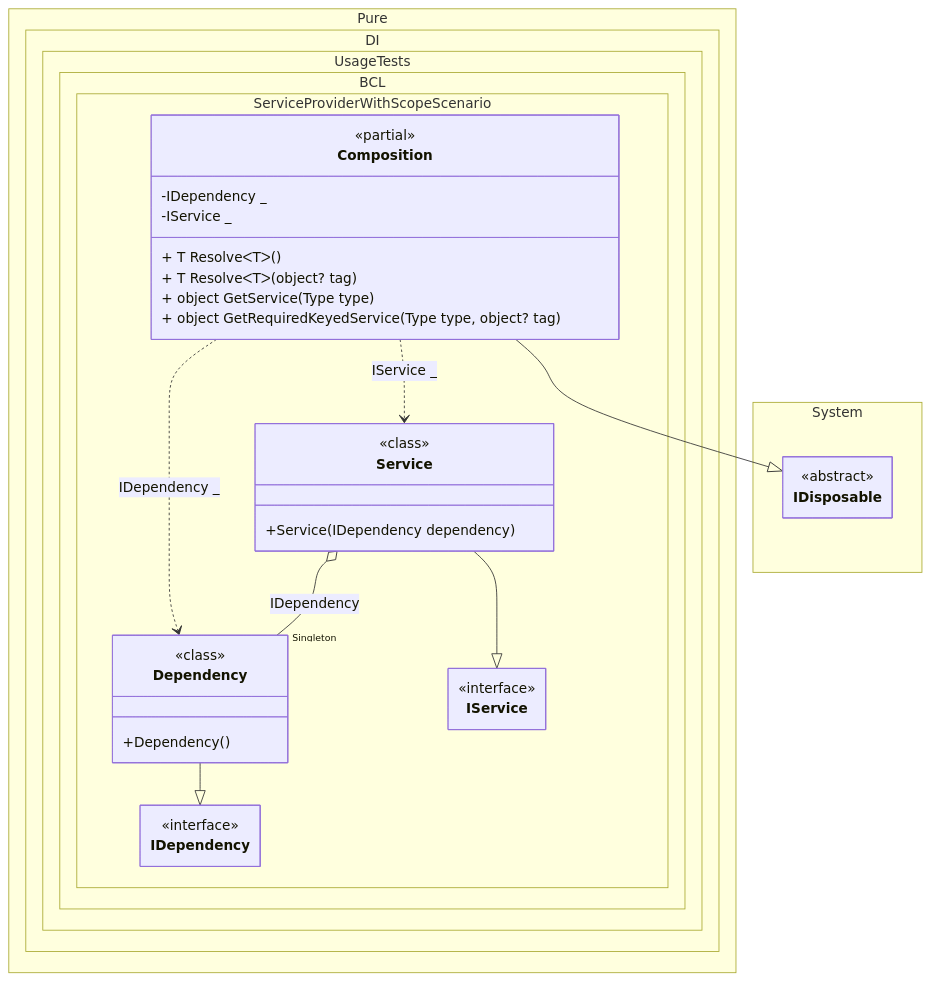
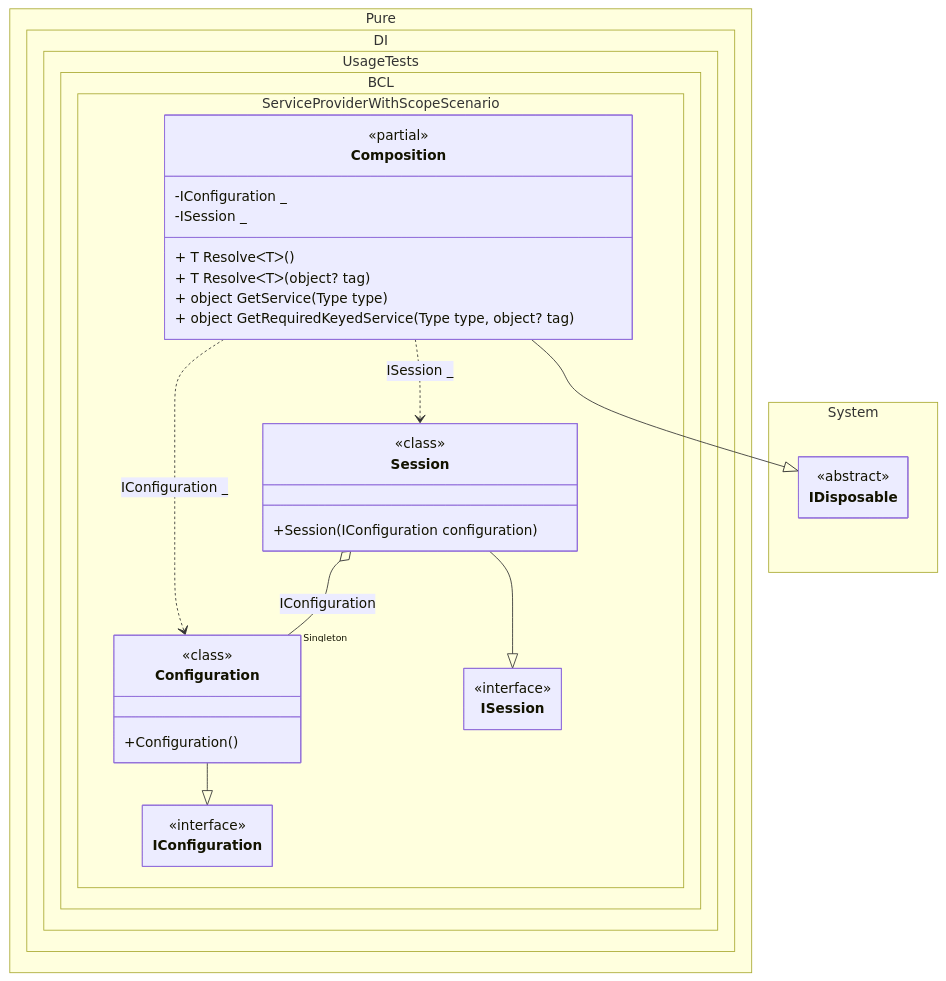
The diagram in readme/service-provider-with-scope.md (DevTeam/Pure.DI), drawn with Mermaid before and after one commit. The commit also changed other lines of this file and 126 other files, not shown here.

````diff
--- a/readme/service-provider-with-scope.md
+++ b/readme/service-provider-with-scope.md
@@ -367,46 +377,46 @@
 ```mermaid
 ---
  config:
   maxTextSize: 2147483647
   maxEdges: 2147483647
   class:
    hideEmptyMembersBox: true
 ---
 classDiagram
 	Composition --|> IDisposable
-	Dependency --|> IDependency
-	Service --|> IService
-	Composition ..> Service : IService _
-	Composition ..> Dependency : IDependency _
-	Service o-- "Singleton" Dependency : IDependency
+	Configuration --|> IConfiguration
+	Session --|> ISession
+	Composition ..> Session : ISession _
+	Composition ..> Configuration : IConfiguration _
+	Session o-- "Singleton" Configuration : IConfiguration
 	namespace Pure.DI.UsageTests.BCL.ServiceProviderWithScopeScenario {
 		class Composition {
 		<<partial>>
-		-IDependency _
-		-IService _
+		-IConfiguration _
+		-ISession _
 		+ T ResolveᐸTᐳ()
 		+ T ResolveᐸTᐳ(object? tag)
 		+ object GetService(Type type)
 		+ object GetRequiredKeyedService(Type type, object? tag)
 		}
-		class Dependency {
+		class Configuration {
 				<<class>>
-			+Dependency()
+			+Configuration()
 		}
-		class IDependency {
+		class IConfiguration {
 			<<interface>>
 		}
-		class IService {
+		class ISession {
 			<<interface>>
 		}
-		class Service {
+		class Session {
 				<<class>>
-			+Service(IDependency dependency)
+			+Session(IConfiguration configuration)
 		}
 	}
 	namespace System {
 		class IDisposable {
 			<<abstract>>
 		}
 	}
 ```
````
